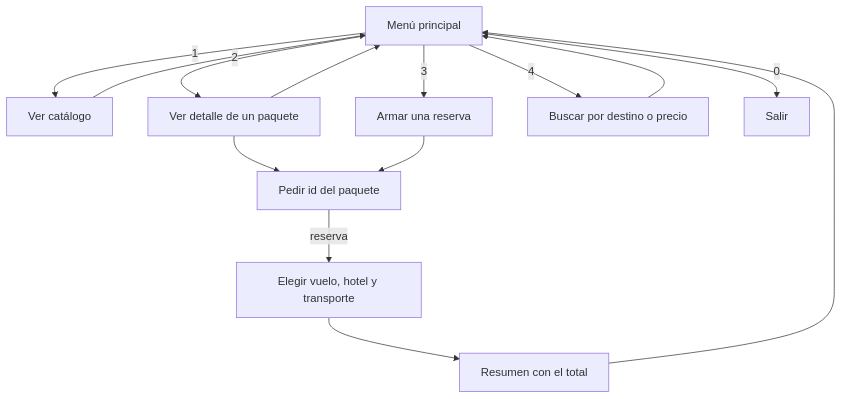
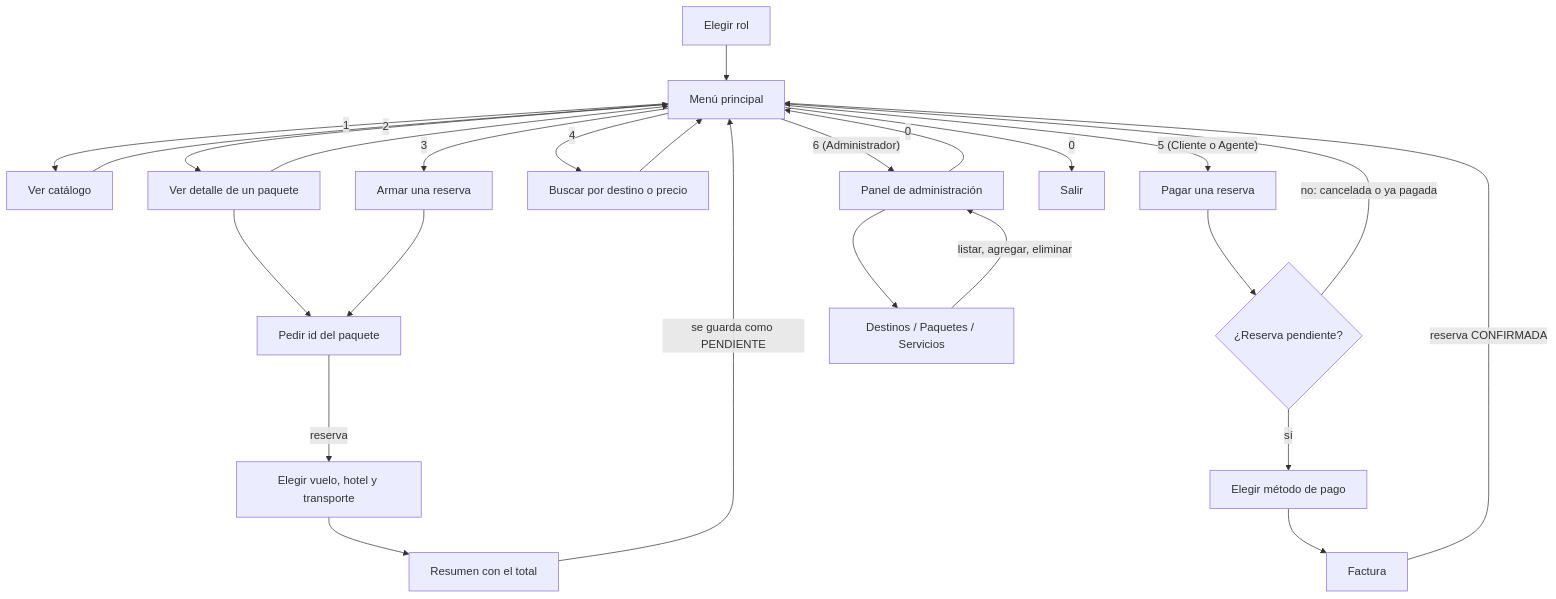
One commit to sierrajuan2005/travelgo changed the second of 2 diagrams in docs/Diagramas/Wireframes.md. Above: the diagram before and after it, drawn with Mermaid. The commit also changed other lines of this file, not shown here.

Commit message:
docs(frontend): agregar wireframes de consola para pago, factura y panel admin

````diff
--- a/docs/Diagramas/Wireframes.md
+++ b/docs/Diagramas/Wireframes.md
@@ -137,17 +139,27 @@
 ```mermaid
 flowchart TD
-    Menu["Menú principal"]
+    Rol["Elegir rol"] --> Menu["Menú principal"]
     Menu -->|"1"| Catalogo["Ver catálogo"]
     Menu -->|"2"| Detalle["Ver detalle de un paquete"]
     Menu -->|"3"| Reserva["Armar una reserva"]
     Menu -->|"4"| Buscar["Buscar por destino o precio"]
+    Menu -->|"5 (Cliente o Agente)"| Pago["Pagar una reserva"]
+    Menu -->|"6 (Administrador)"| Admin["Panel de administración"]
     Buscar --> Menu
     Menu -->|"0"| Salir["Salir"]
     Detalle --> Id["Pedir id del paquete"]
     Reserva --> Id
     Id -->|"reserva"| Servicios["Elegir vuelo, hotel y transporte"]
     Servicios --> Resumen["Resumen con el total"]
+    Resumen -->|"se guarda como PENDIENTE"| Menu
+    Pago --> Valida{"¿Reserva pendiente?"}
+    Valida -->|"no: cancelada o ya pagada"| Menu
+    Valida -->|"sí"| Metodo["Elegir método de pago"]
+    Metodo --> Factura["Factura"]
+    Factura -->|"reserva CONFIRMADA"| Menu
+    Admin --> Gestion["Destinos / Paquetes / Servicios"]
+    Gestion -->|"listar, agregar, eliminar"| Admin
+    Admin -->|"0"| Menu
     Catalogo --> Menu
     Detalle --> Menu
-    Resumen --> Menu
 ```
````
